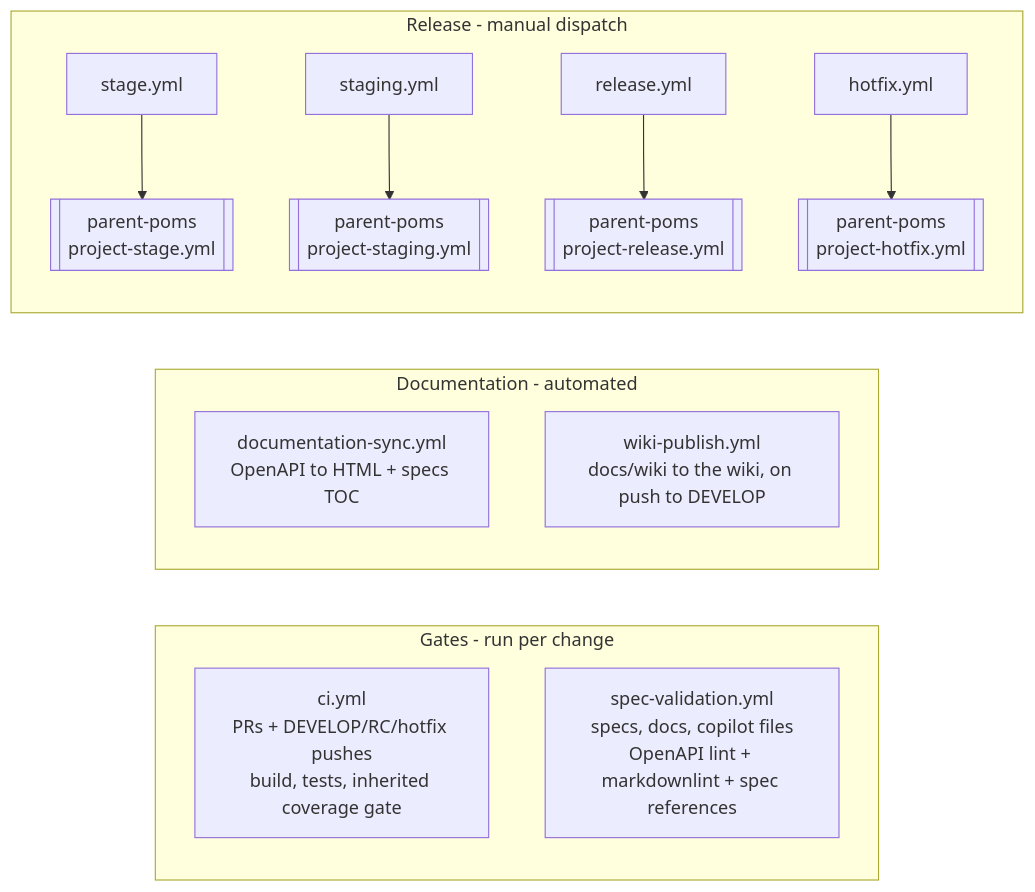
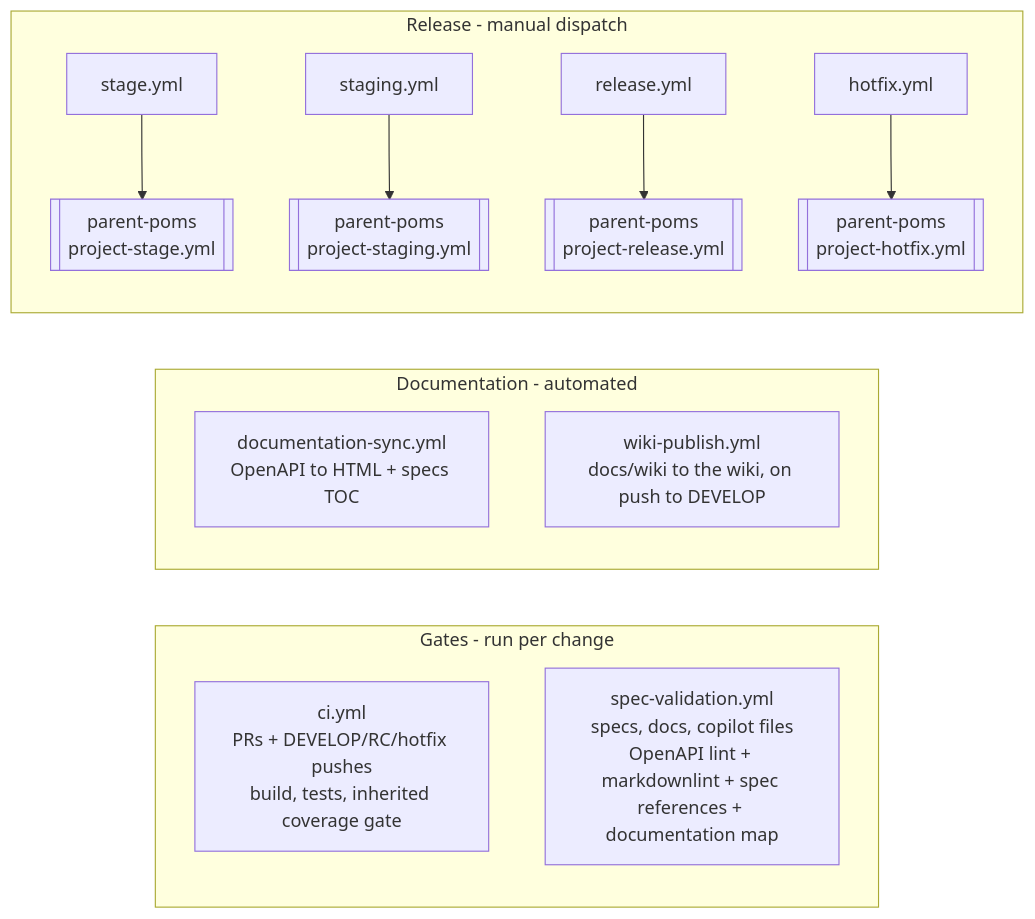
The second of 2 diagrams in docs/devops/README.md (MRISS-Projects/dsh), drawn with Mermaid before and after one commit. The commit also changed other lines of this file and 1 other file, not shown here.

Commit message:
ci(#195): run the documentation map check on every Markdown change
Claude-Session: https://claude.ai/code/session_01YUgdkexDBAY6oaJPga4Tt4

````diff
--- a/docs/devops/README.md
+++ b/docs/devops/README.md
@@ -48,17 +48,17 @@
 ```mermaid
 flowchart LR
     subgraph gates["Gates - run per change"]
         CI["ci.yml<br/>PRs + DEVELOP/RC/hotfix pushes<br/>build, tests, inherited coverage gate"]
-        SV["spec-validation.yml<br/>specs, docs, copilot files<br/>OpenAPI lint + markdownlint + spec references"]
+        SV["spec-validation.yml<br/>specs, docs, copilot files<br/>OpenAPI lint + markdownlint + spec references + documentation map"]
     end
     subgraph docs["Documentation - automated"]
         DS["documentation-sync.yml<br/>OpenAPI to HTML + specs TOC"]
         WP["wiki-publish.yml<br/>docs/wiki to the wiki, on push to DEVELOP"]
     end
     subgraph rel["Release - manual dispatch"]
         ST["stage.yml"] --> PP1[["parent-poms<br/>project-stage.yml"]]
         SG["staging.yml"] --> PP2[["parent-poms<br/>project-staging.yml"]]
         RL["release.yml"] --> PP3[["parent-poms<br/>project-release.yml"]]
         HF["hotfix.yml"] --> PP4[["parent-poms<br/>project-hotfix.yml"]]
     end
 ```
````
